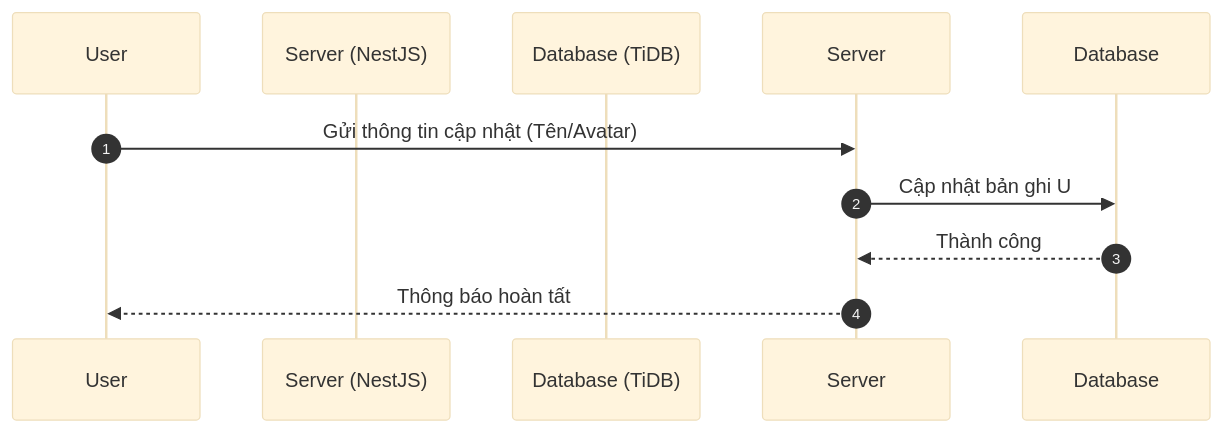
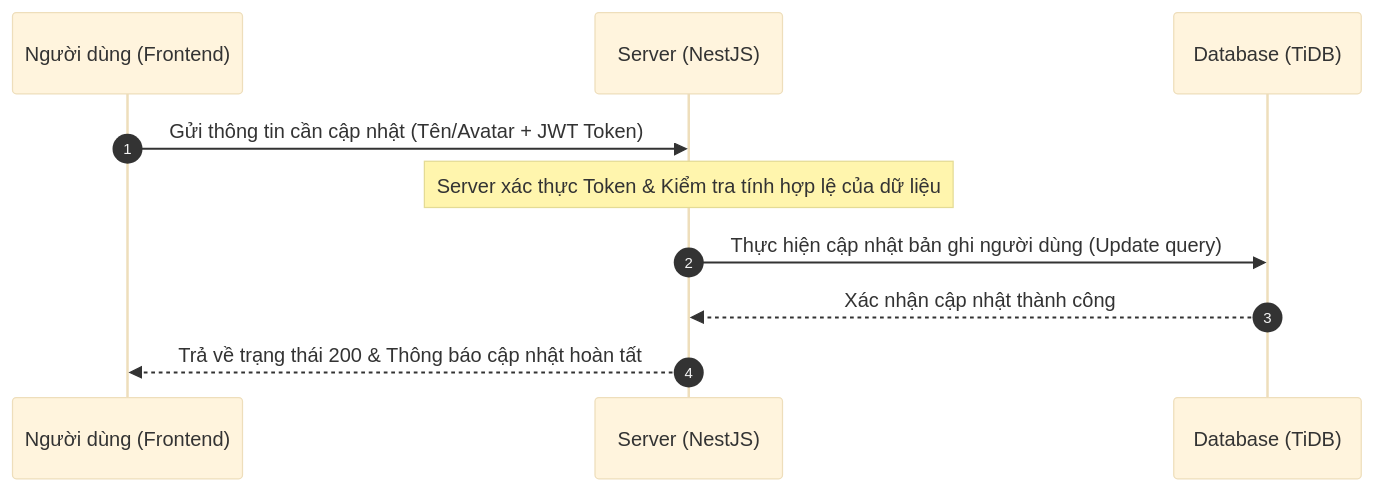
One commit to Loisori/SCI-ITF-Canhan42_TrinhSuTruongThi changed the fourth of 25 diagrams in doc.md. Above: the diagram before and after it, drawn with Mermaid (base theme). The commit also changed other lines of this file and 1 other file, not shown here.

````diff
--- a/doc.md
+++ b/doc.md
@@ -1131,12 +1171,16 @@
 ```mermaid
 sequenceDiagram
     autonumber
-    participant U as User
+    participant U as Người dùng (Frontend)
     participant S as Server (NestJS)
     participant D as Database (TiDB)
 
-    U->>Server: Gửi thông tin cập nhật (Tên/Avatar)
-    Server->>Database: Cập nhật bản ghi U
-    Database-->>Server: Thành công
-    Server-->>U: Thông báo hoàn tất
+    U->>S: Gửi thông tin cần cập nhật (Tên/Avatar + JWT Token)
+    
+    Note over S: Server xác thực Token & Kiểm tra tính hợp lệ của dữ liệu
+    
+    S->>D: Thực hiện cập nhật bản ghi người dùng (Update query)
+    D-->>S: Xác nhận cập nhật thành công
+    
+    S-->>U: Trả về trạng thái 200 & Thông báo cập nhật hoàn tất
 ```
````
